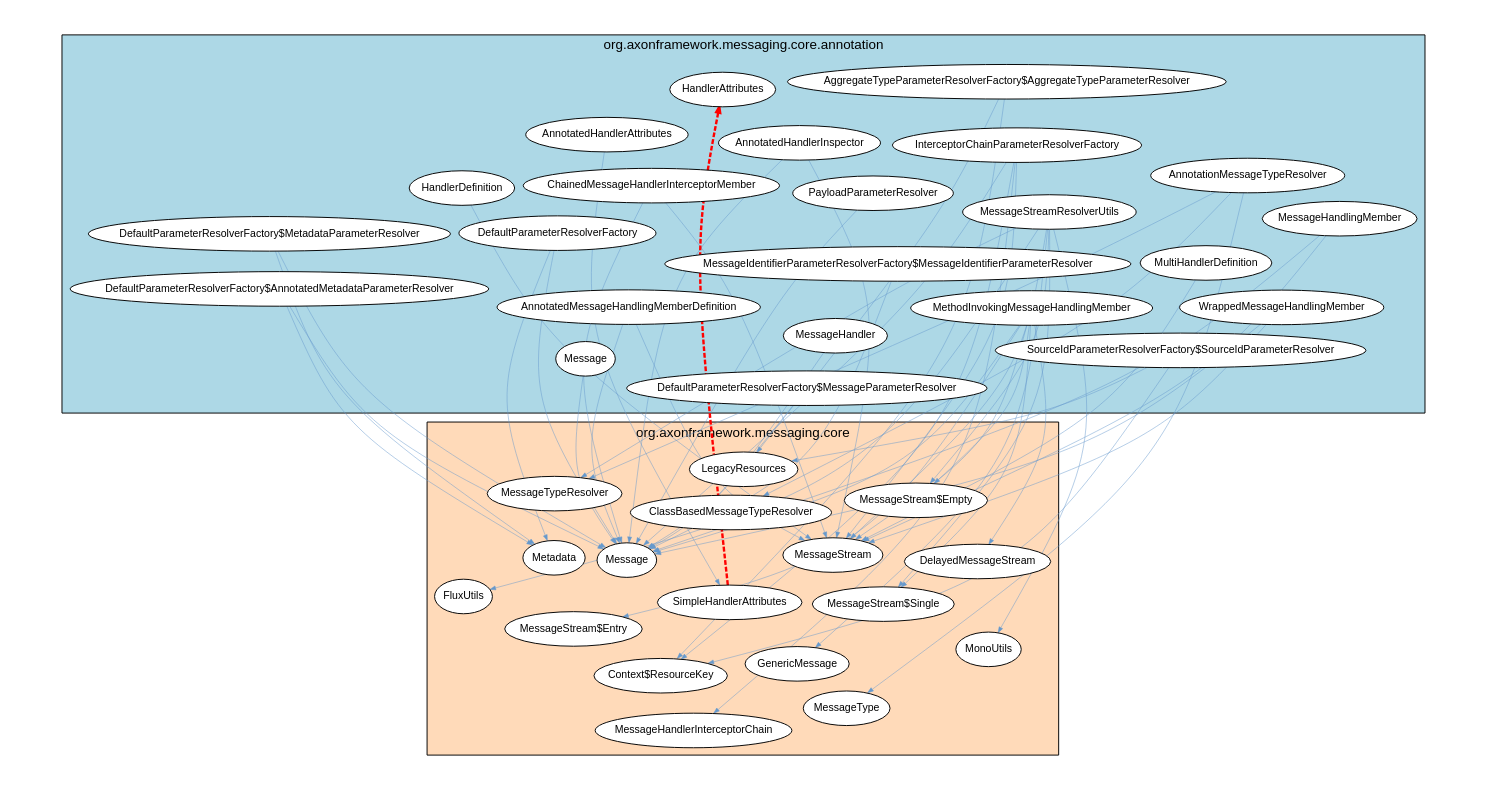
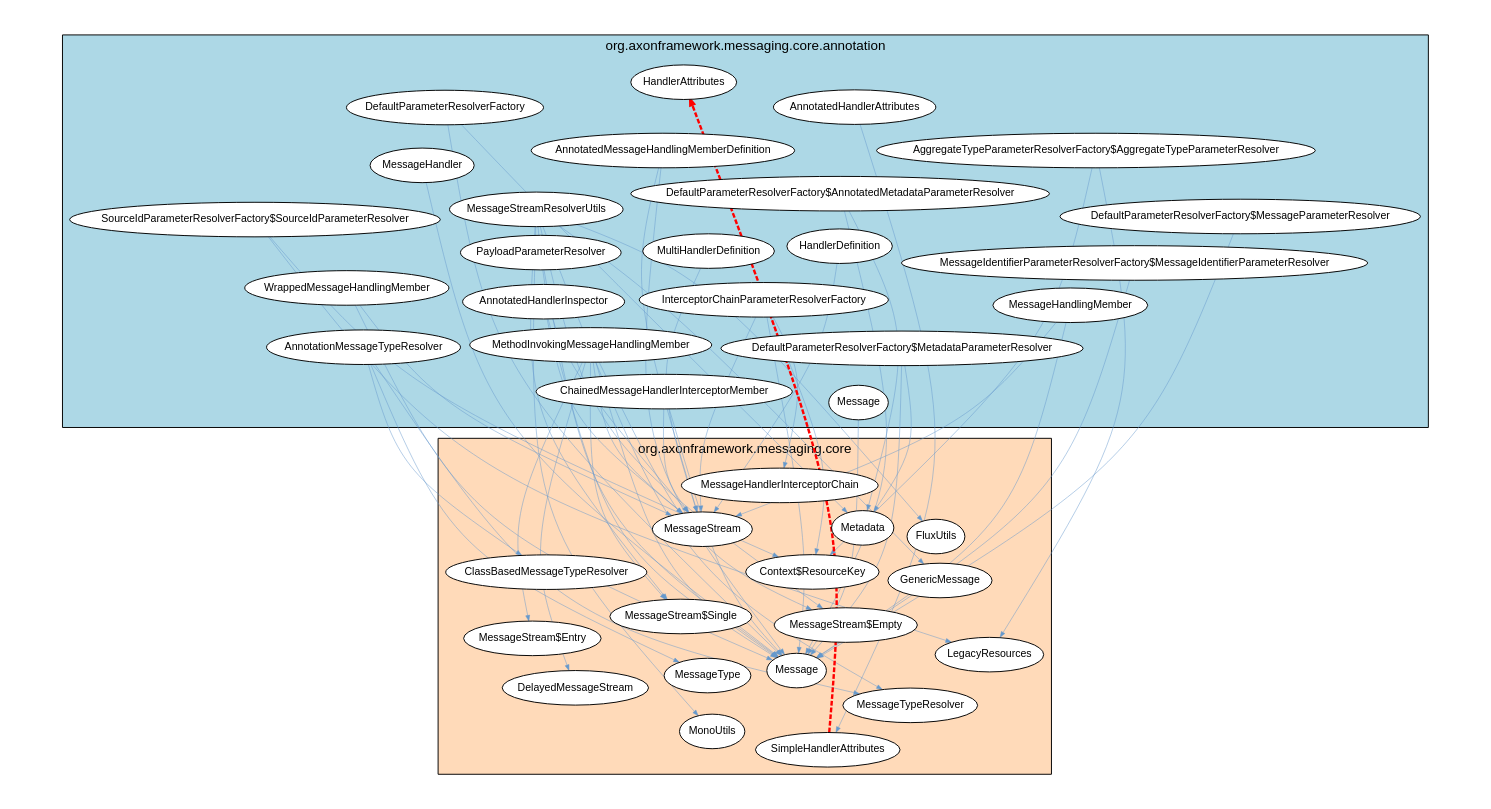
The diagram in analysis-results/AxonFramework/AxonFramework-5.1.1/cyclic-dependencies/Java_Package/Graph_Visualizations/graphviz/JavaPackageCyclicDependencies1.gv (JohT/code-graph-analysis-examples), drawn with Graphviz before and after one commit. The commit also changed other lines of this file and 819 other files, not shown here.

```diff
--- a/analysis-results/AxonFramework/AxonFramework-5.1.1/cyclic-dependencies/Java_Package/Graph_Visualizations/graphviz/JavaPackageCyclicDependencies1.gv
+++ b/analysis-results/AxonFramework/AxonFramework-5.1.1/cyclic-dependencies/Java_Package/Graph_Visualizations/graphviz/JavaPackageCyclicDependencies1.gv
@@ -1,109 +1,109 @@
 strict digraph cycle {
     graph [layout = "fdp"; start = "7"; splines = "curved"; pad = "0.8,0.4"; outputorder = "edgesfirst";];
     graph [fontname = "Helvetica,Arial,sans-serif"; labelloc = "t";];
     node [fontname = "Helvetica,Arial,sans-serif"; style = "filled"; fillcolor = "white";];
     node [fontsize = 11; margin = "0.05,0.05";];
     edge [fontsize = 9; arrowsize = "0.6";];
 
     subgraph cluster_package {
         label="org.axonframework.messaging.core.annotation";
         style="filled";
         fillcolor="lightblue";
+        "MethodInvokingMessageHandlingMember";
         "WrappedMessageHandlingMember";
-        "MethodInvokingMessageHandlingMember";
         "AnnotatedMessageHandlingMemberDefinition";
         "MessageHandler";
         "MessageIdentifierParameterResolverFactory$MessageIdentifierParameterResolver";
         "DefaultParameterResolverFactory$MessageParameterResolver";
+        "ChainedMessageHandlerInterceptorMember";
         "MessageHandlingMember";
-        "ChainedMessageHandlerInterceptorMember";
         "AggregateTypeParameterResolverFactory$AggregateTypeParameterResolver";
         "DefaultParameterResolverFactory";
+        "InterceptorChainParameterResolverFactory";
+        "SourceIdParameterResolverFactory$SourceIdParameterResolver";
         "Message_pkg" [label="Message"];
-        "SourceIdParameterResolverFactory$SourceIdParameterResolver";
-        "InterceptorChainParameterResolverFactory";
+        "AnnotatedHandlerInspector";
         "MultiHandlerDefinition";
-        "AnnotatedHandlerInspector";
         "HandlerAttributes";
         "HandlerDefinition";
         "MessageStreamResolverUtils";
         "PayloadParameterResolver";
+        "DefaultParameterResolverFactory$MetadataParameterResolver";
         "DefaultParameterResolverFactory$AnnotatedMetadataParameterResolver";
-        "DefaultParameterResolverFactory$MetadataParameterResolver";
         "AnnotatedHandlerAttributes";
         "AnnotationMessageTypeResolver";
     }
 
     subgraph cluster_dependent {
         label="org.axonframework.messaging.core";
         style="filled";
         fillcolor="peachpuff";
         "LegacyResources";
+        "ClassBasedMessageTypeResolver";
         "MessageHandlerInterceptorChain";
         "Context$ResourceKey";
-        "ClassBasedMessageTypeResolver";
-        "GenericMessage";
         "DelayedMessageStream";
         "MessageStream$Entry";
+        "GenericMessage";
         "Metadata";
         "MessageTypeResolver";
         "MessageStream";
         "SimpleHandlerAttributes";
         "FluxUtils";
         "Message_dep" [label="Message"];
         "MonoUtils";
         "MessageStream$Single";
         "MessageStream$Empty";
         "MessageType";
     }
 
     "ChainedMessageHandlerInterceptorMember" -> "MessageStream" [color="#6699CC"; penwidth="0.5"];
     "MessageStreamResolverUtils" -> "MessageStream$Empty" [color="#6699CC"; penwidth="0.5"];
     "MessageStreamResolverUtils" -> "FluxUtils" [color="#6699CC"; penwidth="0.5"];
     "AnnotationMessageTypeResolver" -> "MessageTypeResolver" [color="#6699CC"; penwidth="0.5"];
     "AnnotatedHandlerInspector" -> "MessageStream" [color="#6699CC"; penwidth="0.5"];
     "InterceptorChainParameterResolverFactory" -> "Message_dep" [color="#6699CC"; penwidth="0.5"];
     "MessageStreamResolverUtils" -> "GenericMessage" [color="#6699CC"; penwidth="0.5"];
     "InterceptorChainParameterResolverFactory" -> "Context$ResourceKey" [color="#6699CC"; penwidth="0.5"];
     "AnnotationMessageTypeResolver" -> "MessageType" [color="#6699CC"; penwidth="0.5"];
     "MethodInvokingMessageHandlingMember" -> "MessageStream" [color="#6699CC"; penwidth="0.5"];
     "SourceIdParameterResolverFactory$SourceIdParameterResolver" -> "LegacyResources" [color="#6699CC"; penwidth="0.5"];
     "DefaultParameterResolverFactory$MetadataParameterResolver" -> "Message_dep" [color="#6699CC"; penwidth="0.5"];
     "WrappedMessageHandlingMember" -> "Message_dep" [color="#6699CC"; penwidth="0.5"];
     "DefaultParameterResolverFactory$AnnotatedMetadataParameterResolver" -> "Metadata" [color="#6699CC"; penwidth="0.5"];
     "SourceIdParameterResolverFactory$SourceIdParameterResolver" -> "Context$ResourceKey" [color="#6699CC"; penwidth="0.5"];
     "ChainedMessageHandlerInterceptorMember" -> "Message_dep" [color="#6699CC"; penwidth="0.5"];
     "MessageIdentifierParameterResolverFactory$MessageIdentifierParameterResolver" -> "Message_dep" [color="#6699CC"; penwidth="0.5"];
     "InterceptorChainParameterResolverFactory" -> "MessageStream" [color="#6699CC"; penwidth="0.5"];
     "Message_pkg" -> "Message_dep" [color="#6699CC"; penwidth="0.5"];
     "WrappedMessageHandlingMember" -> "MessageStream" [color="#6699CC"; penwidth="0.5"];
     "AnnotatedHandlerInspector" -> "Message_dep" [color="#6699CC"; penwidth="0.5"];
+    "MethodInvokingMessageHandlingMember" -> "MessageStream$Entry" [color="#6699CC"; penwidth="0.5"];
     "DefaultParameterResolverFactory$AnnotatedMetadataParameterResolver" -> "Message_dep" [color="#6699CC"; penwidth="0.5"];
-    "MethodInvokingMessageHandlingMember" -> "MessageStream$Entry" [color="#6699CC"; penwidth="0.5"];
     "DefaultParameterResolverFactory" -> "Metadata" [color="#6699CC"; penwidth="0.5"];
     "DefaultParameterResolverFactory" -> "Message_dep" [color="#6699CC"; penwidth="0.5"];
     "MessageStreamResolverUtils" -> "MessageStream" [color="#6699CC"; penwidth="0.5"];
     "DefaultParameterResolverFactory$MetadataParameterResolver" -> "Metadata" [color="#6699CC"; penwidth="0.5"];
     "HandlerDefinition" -> "MessageStream" [color="#6699CC"; penwidth="0.5"];
     "AggregateTypeParameterResolverFactory$AggregateTypeParameterResolver" -> "LegacyResources" [color="#6699CC"; penwidth="0.5"];
     "MessageStreamResolverUtils" -> "MessageStream$Single" [color="#6699CC"; penwidth="0.5"];
     "MessageStreamResolverUtils" -> "MessageTypeResolver" [color="#6699CC"; penwidth="0.5"];
     "AnnotatedHandlerAttributes" -> "SimpleHandlerAttributes" [color="#6699CC"; penwidth="0.5"];
     "MethodInvokingMessageHandlingMember" -> "DelayedMessageStream" [color="#6699CC"; penwidth="0.5"];
     "MessageHandlingMember" -> "MessageStream" [color="#6699CC"; penwidth="0.5"];
     "MessageStreamResolverUtils" -> "MonoUtils" [color="#6699CC"; penwidth="0.5"];
     "AnnotationMessageTypeResolver" -> "ClassBasedMessageTypeResolver" [color="#6699CC"; penwidth="0.5"];
     "MethodInvokingMessageHandlingMember" -> "MessageStream$Empty" [color="#6699CC"; penwidth="0.5"];
     "AnnotatedMessageHandlingMemberDefinition" -> "MessageStream" [color="#6699CC"; penwidth="0.5"];
     "MethodInvokingMessageHandlingMember" -> "Message_dep" [color="#6699CC"; penwidth="0.5"];
     "InterceptorChainParameterResolverFactory" -> "MessageHandlerInterceptorChain" [color="#6699CC"; penwidth="0.5"];
     "MultiHandlerDefinition" -> "MessageStream" [color="#6699CC"; penwidth="0.5"];
     "MessageHandler" -> "Message_dep" [color="#6699CC"; penwidth="0.5"];
     "AnnotatedMessageHandlingMemberDefinition" -> "Message_dep" [color="#6699CC"; penwidth="0.5"];
     "MessageHandlingMember" -> "Message_dep" [color="#6699CC"; penwidth="0.5"];
     "AggregateTypeParameterResolverFactory$AggregateTypeParameterResolver" -> "Context$ResourceKey" [color="#6699CC"; penwidth="0.5"];
     "DefaultParameterResolverFactory$MessageParameterResolver" -> "Message_dep" [color="#6699CC"; penwidth="0.5"];
     "PayloadParameterResolver" -> "Message_dep" [color="#6699CC"; penwidth="0.5"];
     "MethodInvokingMessageHandlingMember" -> "MessageStream$Single" [color="#6699CC"; penwidth="0.5"];
     "SimpleHandlerAttributes" -> "HandlerAttributes" [color="red"; penwidth="2.5"; style="dashed";];
 }
```
